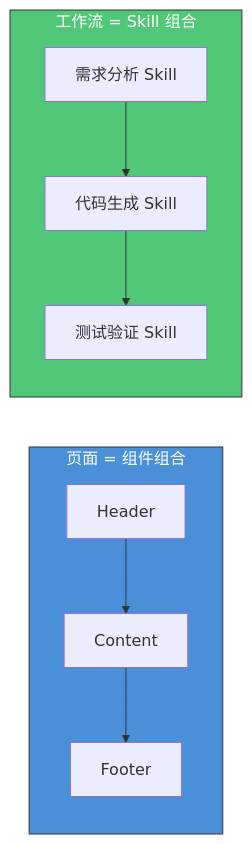
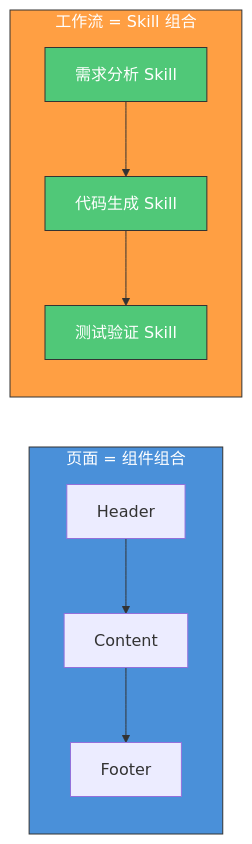
Before and after one commit to tonydeng/harness-engineering-from-oc-to-ai-coding: the third of 7 diagrams in src/02-core-concepts/skills-system.md, drawn with Mermaid. The commit also changed other lines of this file and 331 other files, not shown here.

````diff
--- a/src/02-core-concepts/skills-system.md
+++ b/src/02-core-concepts/skills-system.md
@@ -119,20 +144,23 @@
 ```mermaid
 graph LR
     subgraph Page[页面 = 组件组合]
         C1[Header]
         C2[Content]
         C3[Footer]
     end
     
     subgraph Workflow[工作流 = Skill 组合]
         S1[需求分析 Skill]
         S2[代码生成 Skill]
         S3[测试验证 Skill]
     end
     
     C1 --> C2 --> C3
     S1 --> S2 --> S3
     
     style Page fill:#4A90D9,stroke:#333,color:#fff
-    style Workflow fill:#50C878,stroke:#333,color:#fff
+    style Workflow fill:#FF9F43,stroke:#333,color:#fff
+    style S1 fill:#50C878,stroke:#333,color:#fff
+    style S2 fill:#50C878,stroke:#333,color:#fff
+    style S3 fill:#50C878,stroke:#333,color:#fff
 ```
````
